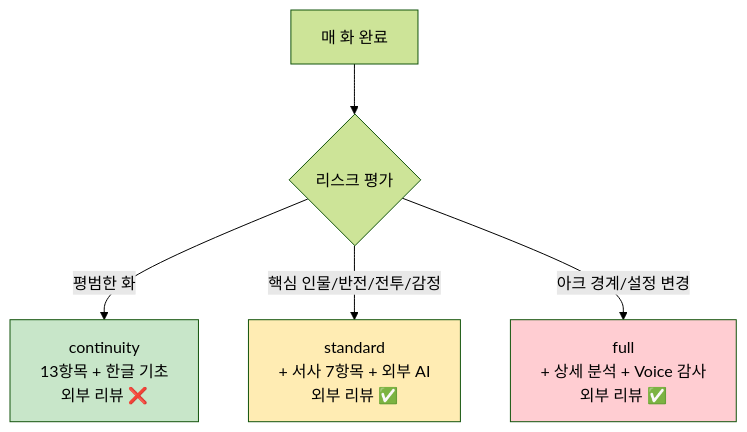
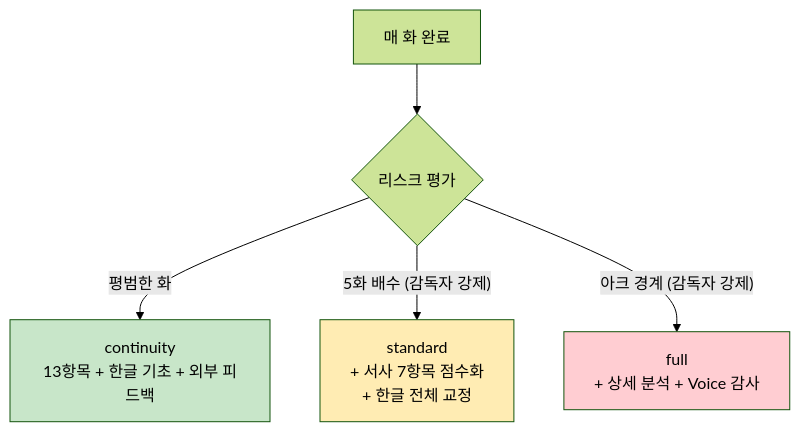
The third of 3 diagrams in README.md (NA-DEGEN-GIRL/claude-novel-templates-lean), drawn with Mermaid (forest theme) before and after one commit. The commit also changed other lines of this file and 1 other file, not shown here.

````diff
--- a/README.md
+++ b/README.md
@@ -843,11 +846,11 @@
 ```mermaid
 graph TD
     START["매 화 완료"] --> CHECK{"리스크 평가"}
-    CHECK -->|"평범한 화"| CONT["continuity<br/>13항목 + 한글 기초<br/>외부 리뷰 ❌"]
-    CHECK -->|"핵심 인물/반전/전투/감정"| STD["standard<br/>+ 서사 7항목 + 외부 AI<br/>외부 리뷰 ✅"]
-    CHECK -->|"아크 경계/설정 변경"| FULL["full<br/>+ 상세 분석 + Voice 감사<br/>외부 리뷰 ✅"]
+    CHECK -->|"평범한 화"| CONT["continuity<br/>13항목 + 한글 기초 + 외부 피드백"]
+    CHECK -->|"5화 배수 (감독자 강제)"| STD["standard<br/>+ 서사 7항목 점수화<br/>+ 한글 전체 교정"]
+    CHECK -->|"아크 경계 (감독자 강제)"| FULL["full<br/>+ 상세 분석 + Voice 감사"]
 
     style CONT fill:#C8E6C9
     style STD fill:#FFECB3
     style FULL fill:#FFCDD2
 ```
````
